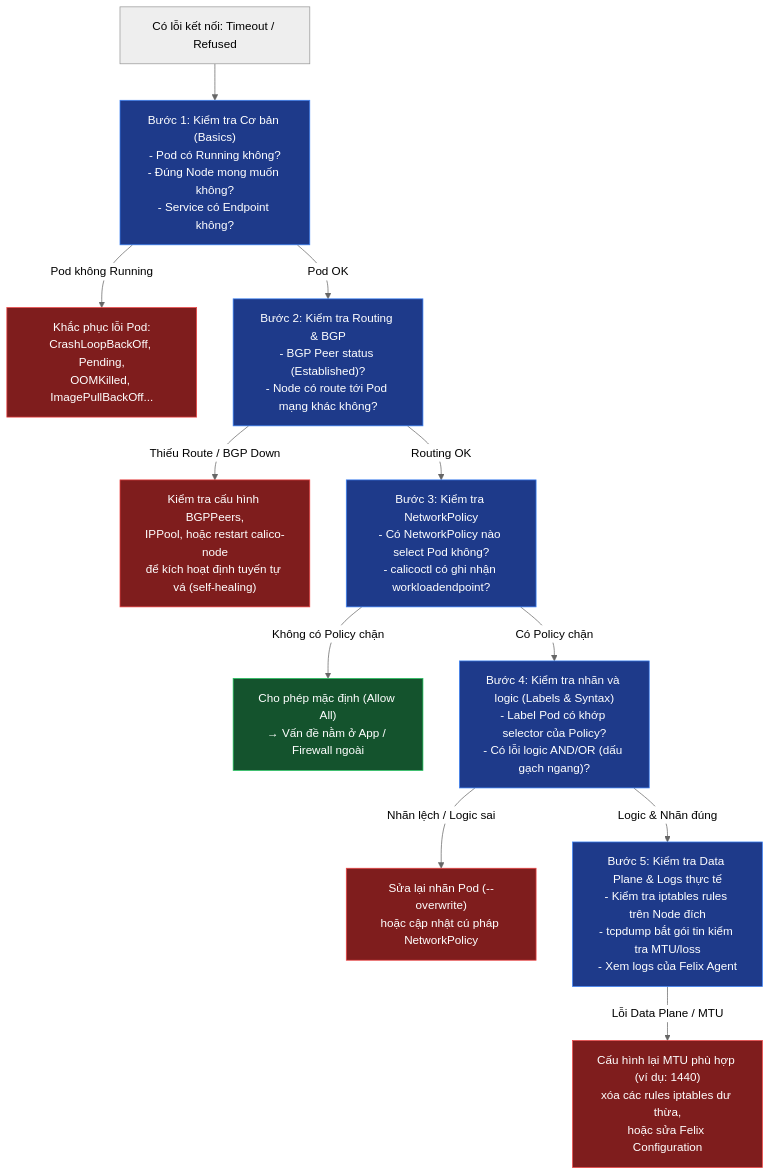
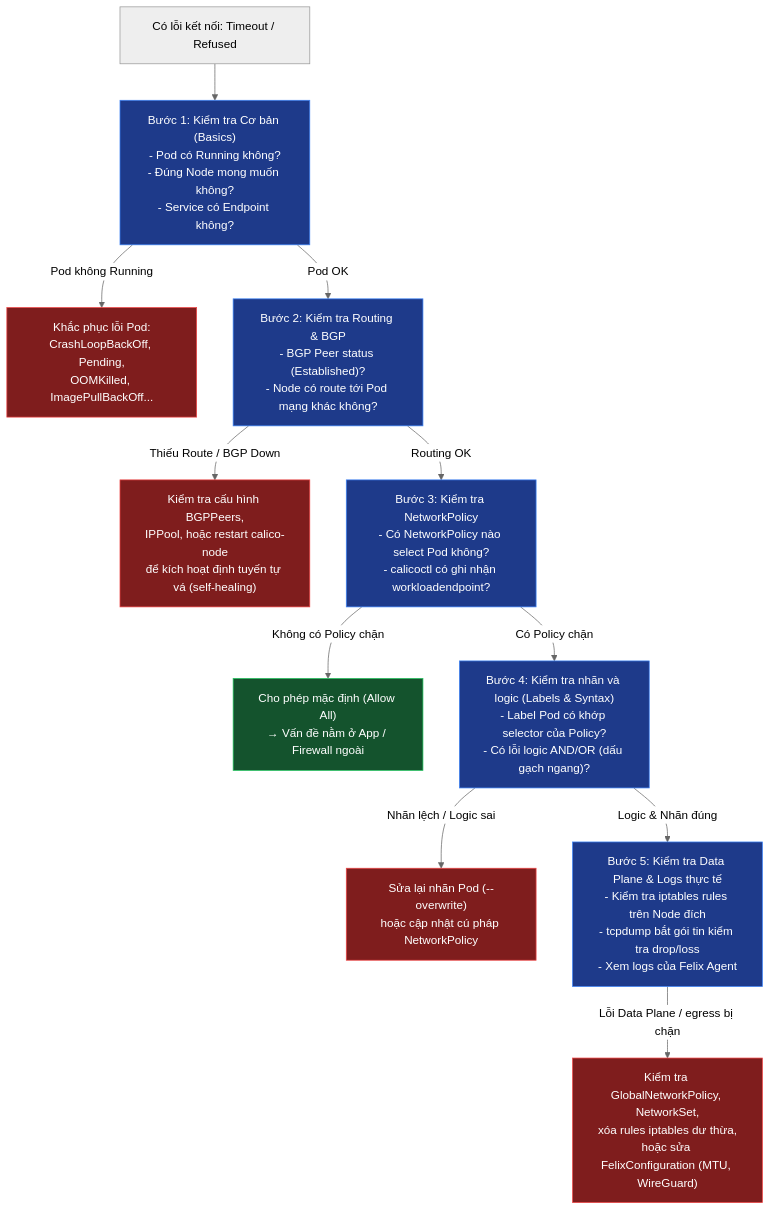
The diagram in kubernetes-networking/k8s-lab/tap-22-calico-troubleshooting/lab-guide.md (thangphan205/network-thuc-chien), drawn with Mermaid (neutral theme) before and after one commit. The commit also changed other lines of this file, not shown here.

Commit message:
docs: update Calico troubleshooting lab guide with corrected network policy instructions

````diff
--- a/kubernetes-networking/k8s-lab/tap-22-calico-troubleshooting/lab-guide.md
+++ b/kubernetes-networking/k8s-lab/tap-22-calico-troubleshooting/lab-guide.md
@@ -11,30 +11,30 @@
 ```mermaid
 flowchart TD
     START["Có lỗi kết nối: Timeout / Refused"] --> B1
 
     B1["Bước 1: Kiểm tra Cơ bản (Basics)\n- Pod có Running không?\n- Đúng Node mong muốn không?\n- Service có Endpoint không?"]
     B1 -->|Pod không Running| FIX1["Khắc phục lỗi Pod:\nCrashLoopBackOff, Pending,\nOOMKilled, ImagePullBackOff..."]
     B1 -->|Pod OK| B2
 
     B2["Bước 2: Kiểm tra Routing & BGP\n- BGP Peer status (Established)?\n- Node có route tới Pod mạng khác không?"]
     B2 -->|Thiếu Route / BGP Down| FIX2["Kiểm tra cấu hình BGPPeers,\nIPPool, hoặc restart calico-node\nđể kích hoạt định tuyến tự vá (self-healing)"]
     B2 -->|Routing OK| B3
 
     B3["Bước 3: Kiểm tra NetworkPolicy\n- Có NetworkPolicy nào select Pod không?\n- calicoctl có ghi nhận workloadendpoint?"]
     B3 -->|Không có Policy chặn| OK["Cho phép mặc định (Allow All)\n→ Vấn đề nằm ở App / Firewall ngoài"]
     B3 -->|Có Policy chặn| B4
 
     B4["Bước 4: Kiểm tra nhãn và logic (Labels & Syntax)\n- Label Pod có khớp selector của Policy?\n- Có lỗi logic AND/OR (dấu gạch ngang)?"]
     B4 -->|Nhãn lệch / Logic sai| FIX4["Sửa lại nhãn Pod (--overwrite)\nhoặc cập nhật cú pháp NetworkPolicy"]
     B4 -->|Logic & Nhãn đúng| B5
 
-    B5["Bước 5: Kiểm tra Data Plane & Logs thực tế\n- Kiểm tra iptables rules trên Node đích\n- tcpdump bắt gói tin kiểm tra MTU/loss\n- Xem logs của Felix Agent"]
-    B5 -->|Lỗi Data Plane / MTU| FIX5["Cấu hình lại MTU phù hợp (ví dụ: 1440)\nxóa các rules iptables dư thừa,\nhoặc sửa Felix Configuration"]
+    B5["Bước 5: Kiểm tra Data Plane & Logs thực tế\n- Kiểm tra iptables rules trên Node đích\n- tcpdump bắt gói tin kiểm tra drop/loss\n- Xem logs của Felix Agent"]
+    B5 -->|Lỗi Data Plane / egress bị chặn| FIX5["Kiểm tra GlobalNetworkPolicy, NetworkSet,\nxóa rules iptables dư thừa,\nhoặc sửa FelixConfiguration (MTU, WireGuard)"]
 
     classDef step fill:#1e3a8a,stroke:#3b82f6,color:#fff;
     classDef fix fill:#7f1d1d,stroke:#ef4444,color:#fff;
     classDef ok fill:#14532d,stroke:#22c55e,color:#fff;
     class B1,B2,B3,B4,B5 step;
     class FIX1,FIX2,FIX4,FIX5 fix;
     class OK ok;
 ```
````
